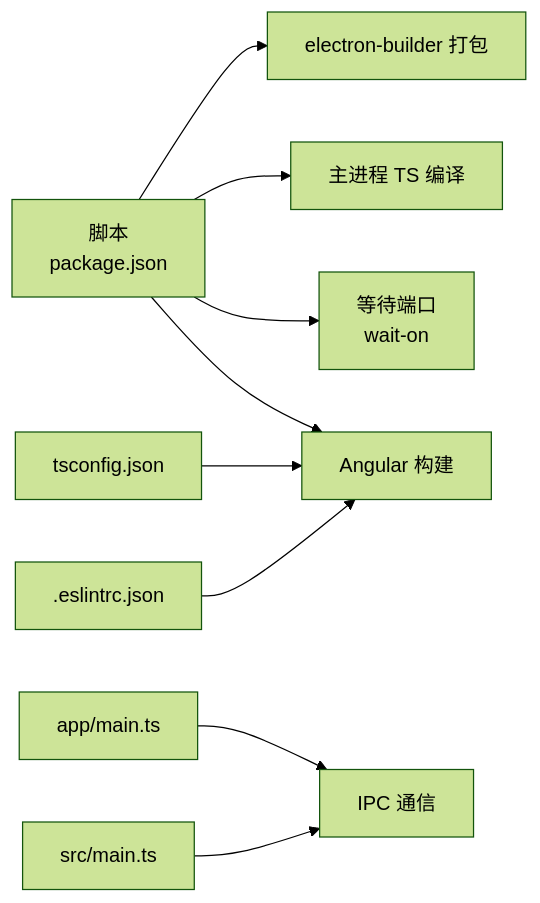
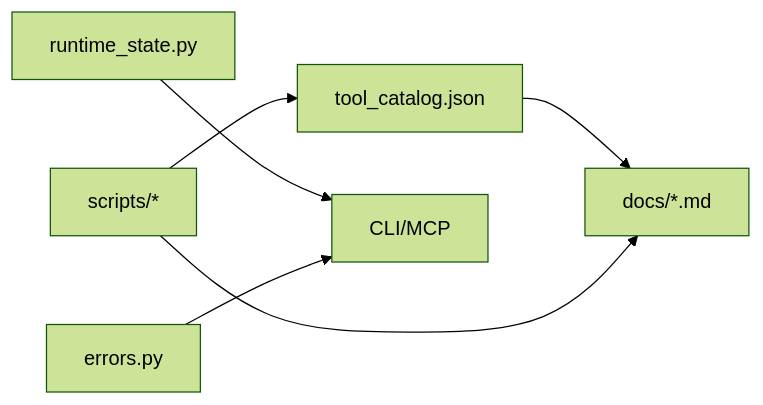
The sixth of 6 diagrams in .qoder/repowiki/zh/content/故障排除.md (haolange/RDC-Agent), drawn with Mermaid (forest theme) before and after one commit. The commit also changed other lines of this file and 84 other files, not shown here.

````diff
--- a/.qoder/repowiki/zh/content/故障排除.md
+++ b/.qoder/repowiki/zh/content/故障排除.md
@@ -279,11 +206,8 @@
 ```mermaid
 graph LR
-Scripts["脚本<br/>package.json"] --> WaitOn["等待端口<br/>wait-on"]
-Scripts --> TSC["主进程 TS 编译"]
-Scripts --> Angular["Angular 构建"]
-Scripts --> Builder["electron-builder 打包"]
-TSConf["tsconfig.json"] --> Angular
-ESLint[".eslintrc.json"] --> Angular
-MainTS["app/main.ts"] --> IPC["IPC 通信"]
-RendererTS["src/main.ts"] --> IPC
+ToolCatalog["tool_catalog.json"] --> Docs["docs/*.md"]
+Scripts["scripts/*"] --> Docs
+Scripts --> ToolCatalog
+RuntimeState["runtime_state.py"] --> CLI["CLI/MCP"]
+Errors["errors.py"] --> CLI
 ```
````
